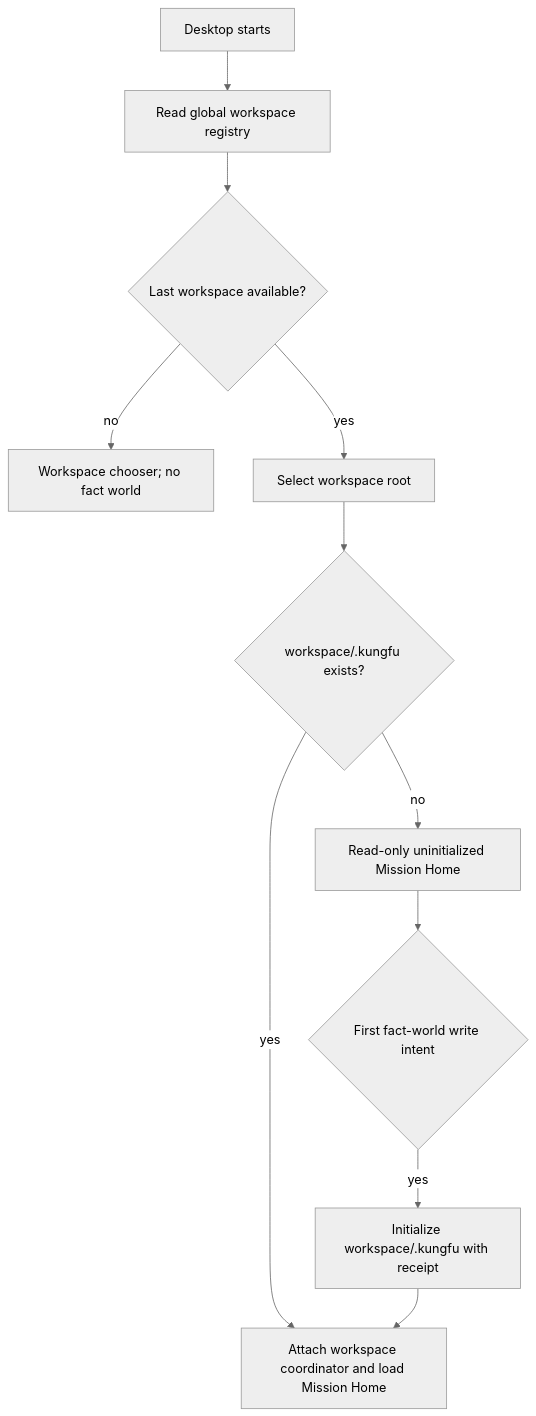
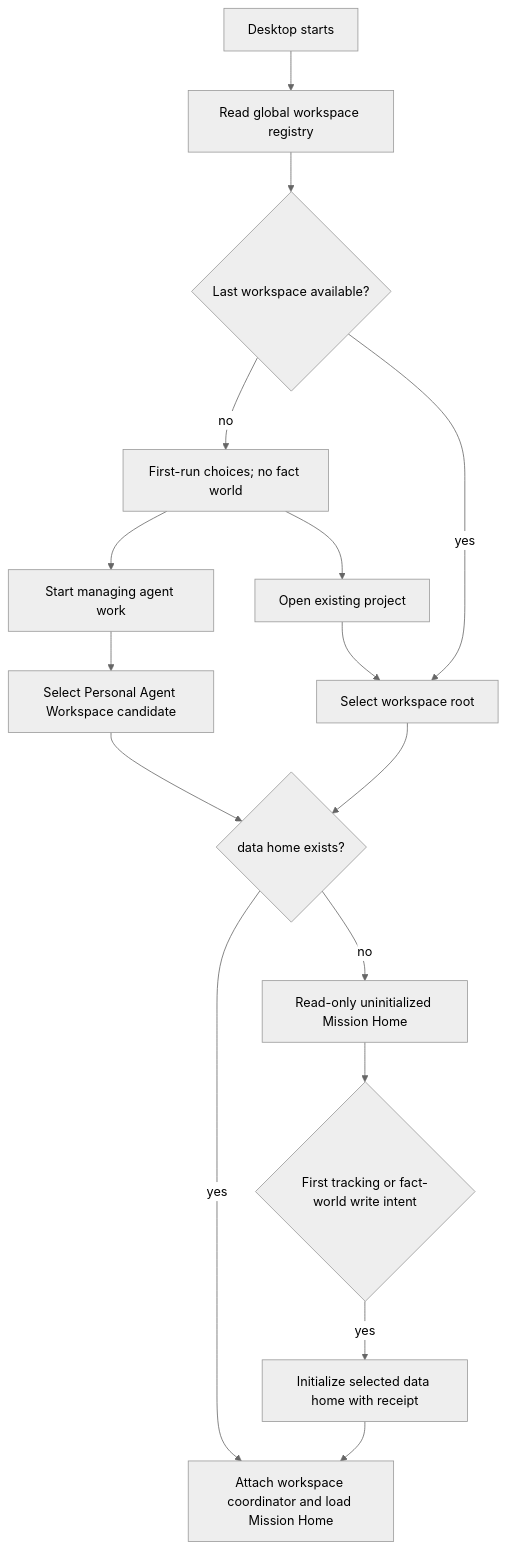
One commit to PterX/kungfu changed the diagram in docs/mission-control-workspaces.md. Above: the diagram before and after it, drawn with Mermaid (neutral theme). The commit also changed other lines of this file and 4 other files, not shown here.

First line of the commit message:
docs(mission-control): add personal agent workspace onboarding

````diff
--- a/docs/mission-control-workspaces.md
+++ b/docs/mission-control-workspaces.md
@@ -54,13 +56,18 @@
 ```mermaid
 flowchart TD
   A["Desktop starts"] --> B["Read global workspace registry"]
   B --> C{"Last workspace available?"}
-  C -- "no" --> D["Workspace chooser; no fact world"]
+  C -- "no" --> D["First-run choices; no fact world"]
+  D --> P["Start managing agent work"]
+  D --> O["Open existing project"]
+  P --> Q["Select Personal Agent Workspace candidate"]
+  O --> E
   C -- "yes" --> E["Select workspace root"]
-  E --> F{"workspace/.kungfu exists?"}
+  Q --> F{"data home exists?"}
+  E --> F
   F -- "yes" --> G["Attach workspace coordinator and load Mission Home"]
   F -- "no" --> H["Read-only uninitialized Mission Home"]
-  H --> I{"First fact-world write intent"}
-  I -- "yes" --> J["Initialize workspace/.kungfu with receipt"]
+  H --> I{"First tracking or fact-world write intent"}
+  I -- "yes" --> J["Initialize selected data home with receipt"]
   J --> G
 ```
````
